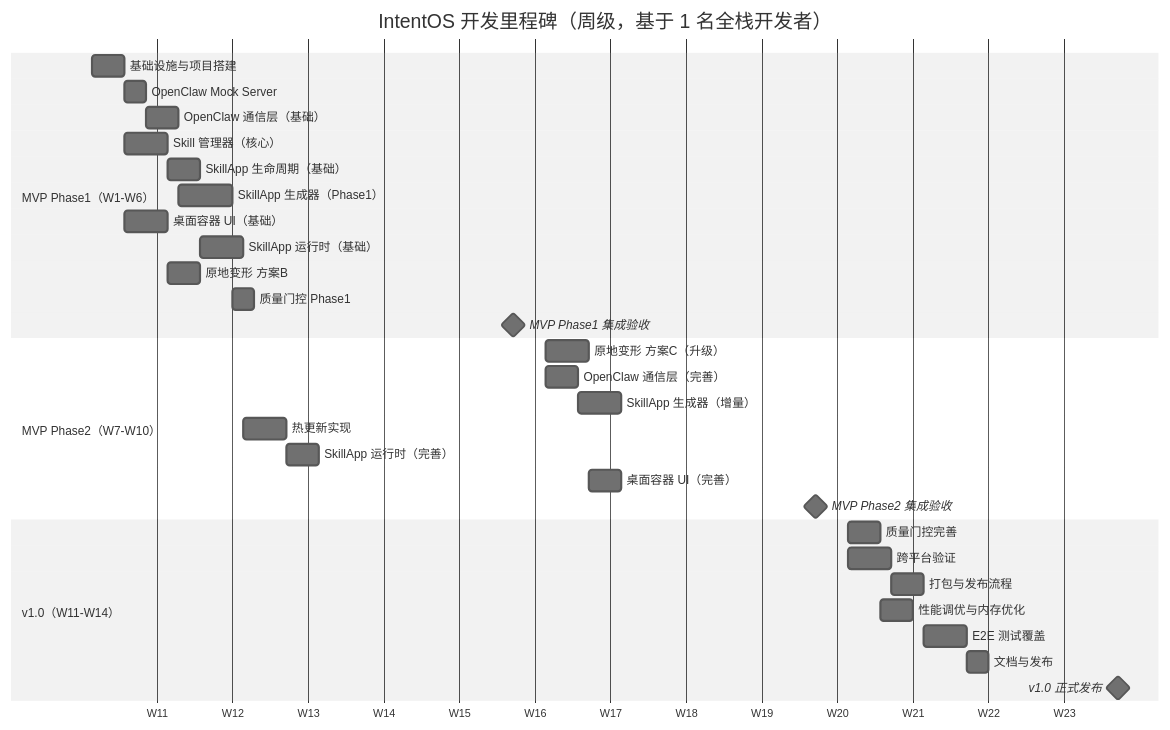
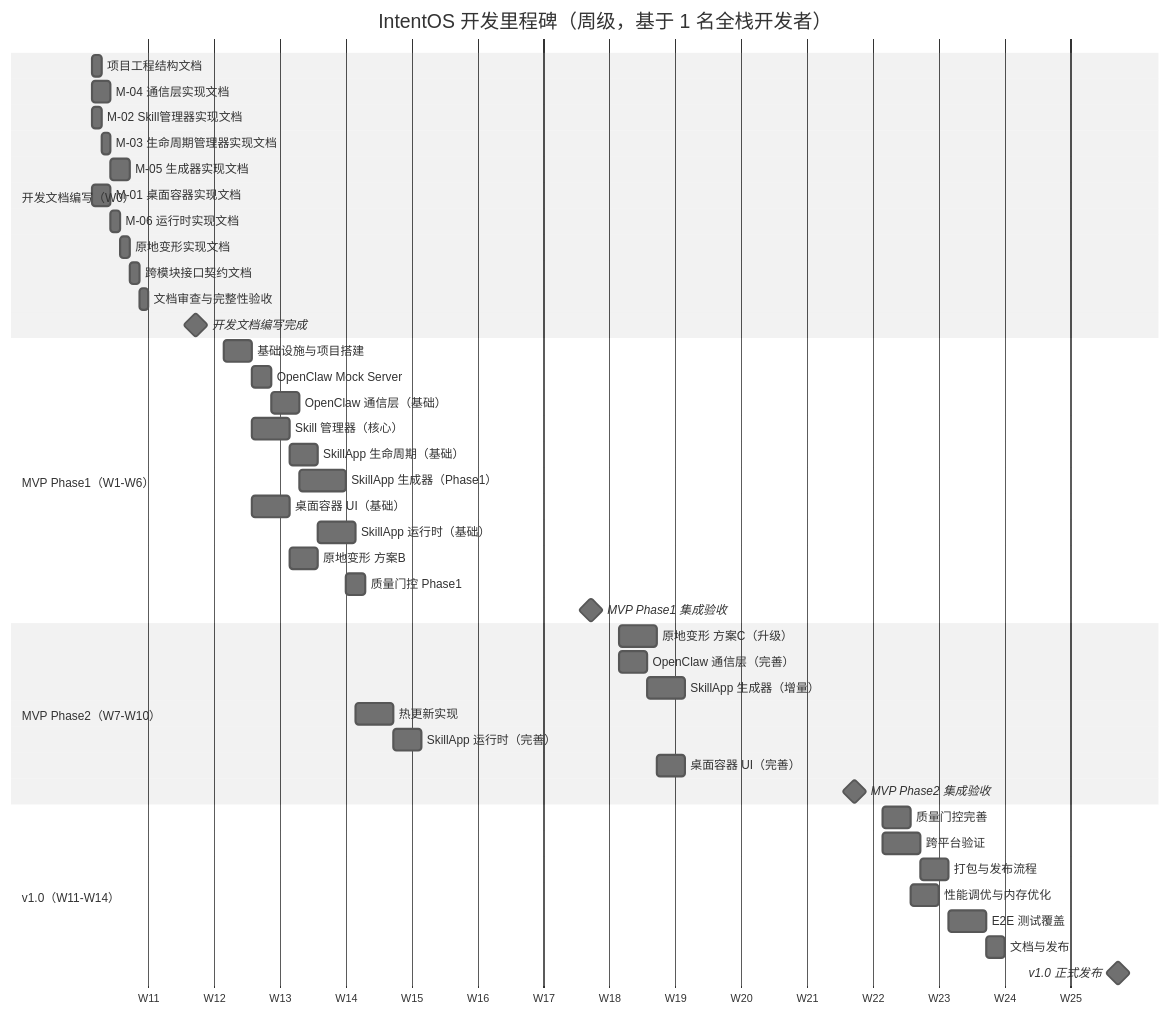
The first of 5 diagrams in docs/dev-plan.md (digimads-lab/intent-os), drawn with Mermaid (neutral theme) before and after one commit. The commit also changed other lines of this file, not shown here.

First line of the commit message:
docs: insert development documentation phase (Phase 0) into dev-plan

````diff
--- a/docs/dev-plan.md
+++ b/docs/dev-plan.md
@@ -24,37 +26,50 @@
 ```mermaid
 gantt
     title IntentOS 开发里程碑（周级，基于 1 名全栈开发者）
     dateFormat  YYYY-MM-DD
     axisFormat  W%W
 
+    section 开发文档编写（W0）
+    项目工程结构文档          :d001, 2026-03-16, 1d
+    M-04 通信层实现文档       :d002, 2026-03-16, 2d
+    M-02 Skill管理器实现文档  :d003, 2026-03-16, 1d
+    M-03 生命周期管理器实现文档:d004, after d003, 1d
+    M-05 生成器实现文档       :d005, after d002, 2d
+    M-01 桌面容器实现文档     :d006, 2026-03-16, 2d
+    M-06 运行时实现文档       :d007, after d006, 1d
+    原地变形实现文档          :d008, after d007, 1d
+    跨模块接口契约文档        :d009, after d005, 1d
+    文档审查与完整性验收      :d010, after d009, 1d
+    开发文档编写完成          :milestone, m0, 2026-03-27, 0d
+
     section MVP Phase1（W1-W6）
-    基础设施与项目搭建        :t001, 2026-03-16, 3d
+    基础设施与项目搭建        :t001, 2026-03-30, 3d
     OpenClaw Mock Server     :t002, after t001, 2d
     OpenClaw 通信层（基础）   :t003, after t002, 3d
     Skill 管理器（核心）      :t004, after t001, 4d
     SkillApp 生命周期（基础） :t005, after t004, 3d
     SkillApp 生成器（Phase1） :t006, after t003, 5d
     桌面容器 UI（基础）       :t007, after t001, 4d
     SkillApp 运行时（基础）   :t008, after t005, 4d
     原地变形 方案B            :t009, after t007, 3d
     质量门控 Phase1           :t010, after t006, 2d
-    MVP Phase1 集成验收       :milestone, m1, 2026-04-24, 0d
+    MVP Phase1 集成验收       :milestone, m1, 2026-05-08, 0d
 
     section MVP Phase2（W7-W10）
-    原地变形 方案C（升级）    :t011, 2026-04-27, 4d
-    OpenClaw 通信层（完善）   :t012, 2026-04-27, 3d
+    原地变形 方案C（升级）    :t011, 2026-05-11, 4d
+    OpenClaw 通信层（完善）   :t012, 2026-05-11, 3d
     SkillApp 生成器（增量）   :t013, after t012, 4d
     热更新实现                :t014, after t008, 4d
     SkillApp 运行时（完善）   :t015, after t014, 3d
     桌面容器 UI（完善）       :t016, after t011, 3d
-    MVP Phase2 集成验收       :milestone, m2, 2026-05-22, 0d
+    MVP Phase2 集成验收       :milestone, m2, 2026-06-05, 0d
 
     section v1.0（W11-W14）
-    质量门控完善              :t017, 2026-05-25, 3d
-    跨平台验证                :t018, 2026-05-25, 4d
+    质量门控完善              :t017, 2026-06-08, 3d
+    跨平台验证                :t018, 2026-06-08, 4d
     打包与发布流程            :t019, after t018, 3d
     性能调优与内存优化        :t020, after t017, 3d
     E2E 测试覆盖              :t021, after t019, 4d
     文档与发布                :t022, after t021, 2d
-    v1.0 正式发布             :milestone, m3, 2026-06-19, 0d
+    v1.0 正式发布             :milestone, m3, 2026-07-03, 0d
 ```
````
